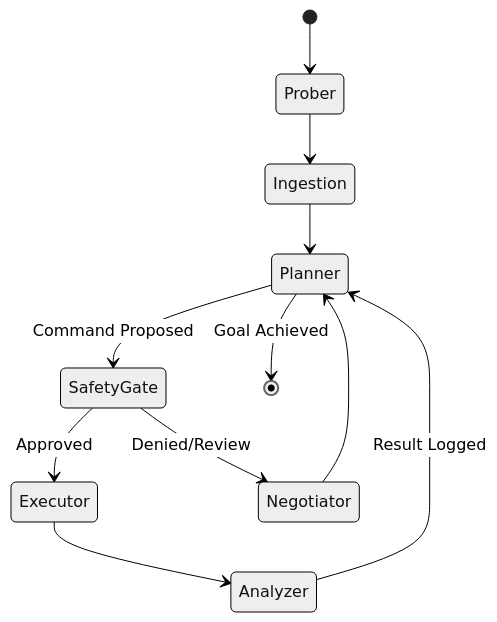
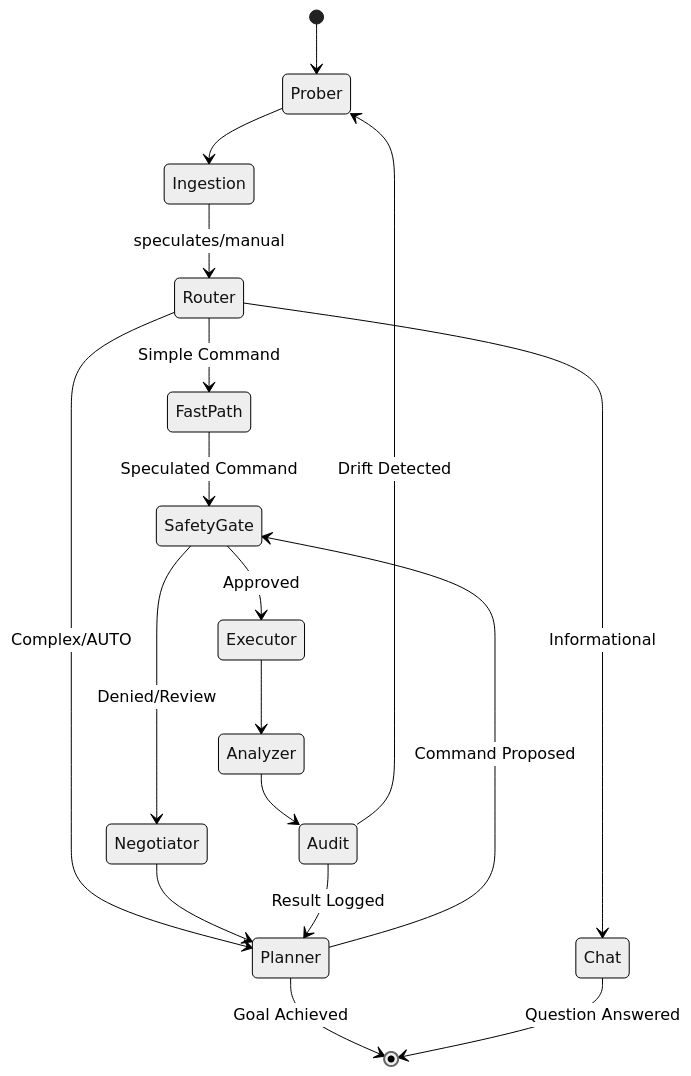
Before and after one commit to NayanEupho/DevOpsAgent-cli: the diagram in ARCHITECTURE.md, drawn with Mermaid (neutral theme). The commit also changed other lines of this file and 52 other files, not shown here.

````diff
--- a/ARCHITECTURE.md
+++ b/ARCHITECTURE.md
@@ -24,17 +24,26 @@
 ```mermaid
 stateDiagram-v2
     [*] --> Prober
     Prober --> Ingestion
-    Ingestion --> Planner
+    Ingestion --> Router: speculates/manual
+    
+    Router --> Chat: Informational
+    Router --> FastPath: Simple Command
+    Router --> Planner: Complex/AUTO
     
     Planner --> SafetyGate: Command Proposed
+    FastPath --> SafetyGate: Speculated Command
+    
     SafetyGate --> Executor: Approved
     SafetyGate --> Negotiator: Denied/Review
     
     Negotiator --> Planner
     
     Executor --> Analyzer
-    Analyzer --> Planner: Result Logged
+    Analyzer --> Audit
+    Audit --> Planner: Result Logged
+    Audit --> Prober: Drift Detected
     
     Planner --> [*]: Goal Achieved
+    Chat --> [*]: Question Answered
 ```
````
